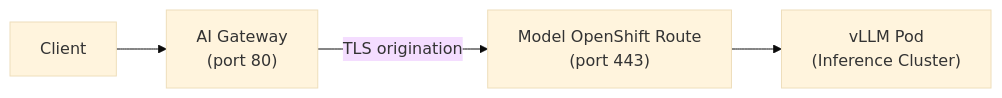
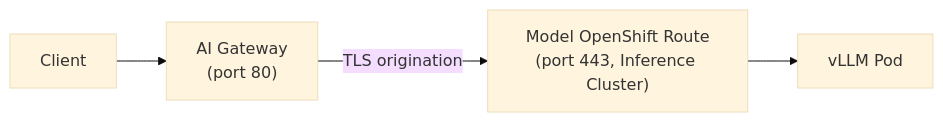
One commit to rrbanda/maas-demo changed the second of 2 diagrams in docs/architecture.md. Above: the diagram before and after it, drawn with Mermaid (base theme). The commit also changed other lines of this file and 3 other files, not shown here.

````diff
--- a/docs/architecture.md
+++ b/docs/architecture.md
@@ -146,6 +146,6 @@
 ```mermaid
 flowchart LR
     C["Client"] --> GW["AI Gateway<br/>(port 80)"]
-    GW -->|"TLS origination"| Route["Model OpenShift Route<br/>(port 443)"]
-    Route --> Model["vLLM Pod<br/>(Inference Cluster)"]
+    GW -->|"TLS origination"| Route["Model OpenShift Route<br/>(port 443, Inference Cluster)"]
+    Route --> Model["vLLM Pod"]
 ```
````
